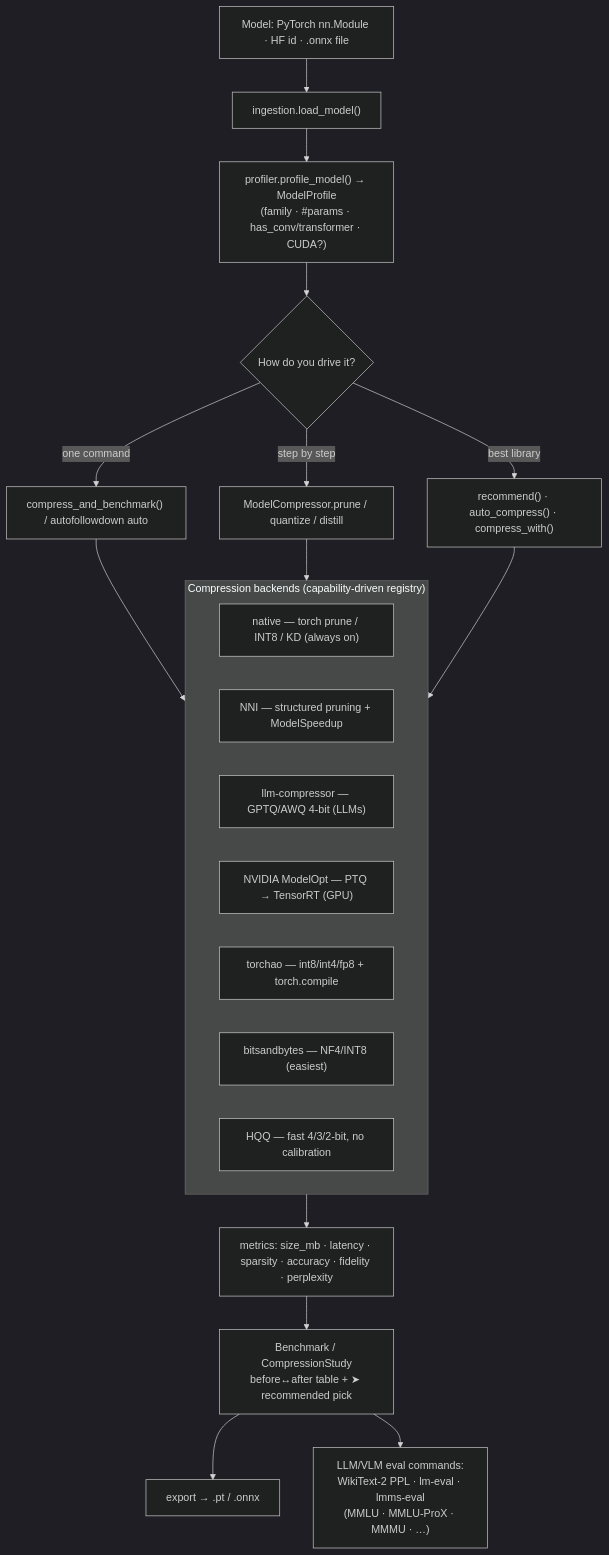
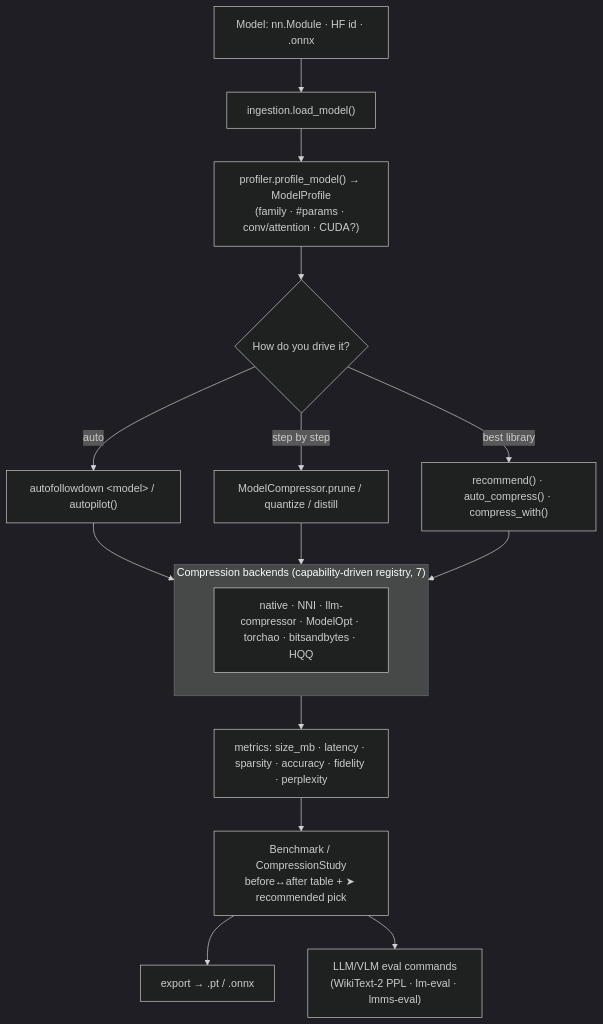
One commit to peetwan/autofollowdown changed the diagram in README.md. Above: the diagram before and after it, drawn with Mermaid (dark theme). The commit also changed other lines of this file, not shown here.

First line of the commit message:
docs: tighten README (~45% shorter) — keep all detail + flow

````diff
--- a/README.md
+++ b/README.md
@@ -449,25 +244,19 @@
 ```mermaid
 flowchart TD
-    A["Model: PyTorch nn.Module · HF id · .onnx file"] --> B["ingestion.load_model()"]
-    B --> C["profiler.profile_model() → ModelProfile<br/>(family · #params · has_conv/transformer · CUDA?)"]
+    A["Model: nn.Module · HF id · .onnx"] --> B["ingestion.load_model()"]
+    B --> C["profiler.profile_model() → ModelProfile<br/>(family · #params · conv/attention · CUDA?)"]
     C --> D{"How do you drive it?"}
-    D -->|"one command"| E["compress_and_benchmark() / autofollowdown auto"]
+    D -->|"auto"| E["autofollowdown &lt;model&gt; / autopilot()"]
     D -->|"step by step"| F["ModelCompressor.prune / quantize / distill"]
     D -->|"best library"| G["recommend() · auto_compress() · compress_with()"]
     E --> H
     F --> H
     G --> H
-    subgraph H["Compression backends (capability-driven registry)"]
-      H1["native — torch prune / INT8 / KD (always on)"]
-      H2["NNI — structured pruning + ModelSpeedup"]
-      H3["llm-compressor — GPTQ/AWQ 4-bit (LLMs)"]
-      H4["NVIDIA ModelOpt — PTQ → TensorRT (GPU)"]
-      H5["torchao — int8/int4/fp8 + torch.compile"]
-      H6["bitsandbytes — NF4/INT8 (easiest)"]
-      H7["HQQ — fast 4/3/2-bit, no calibration"]
+    subgraph H["Compression backends (capability-driven registry, 7)"]
+      H1["native · NNI · llm-compressor · ModelOpt · torchao · bitsandbytes · HQQ"]
     end
     H --> I["metrics: size_mb · latency · sparsity · accuracy · fidelity · perplexity"]
     I --> J["Benchmark / CompressionStudy<br/>before↔after table + ➤ recommended pick"]
     J --> K["export → .pt / .onnx"]
-    J --> L["LLM/VLM eval commands:<br/>WikiText-2 PPL · lm-eval · lmms-eval<br/>(MMLU · MMLU-ProX · MMMU · …)"]
+    J --> L["LLM/VLM eval commands<br/>(WikiText-2 PPL · lm-eval · lmms-eval)"]
 ```
````
